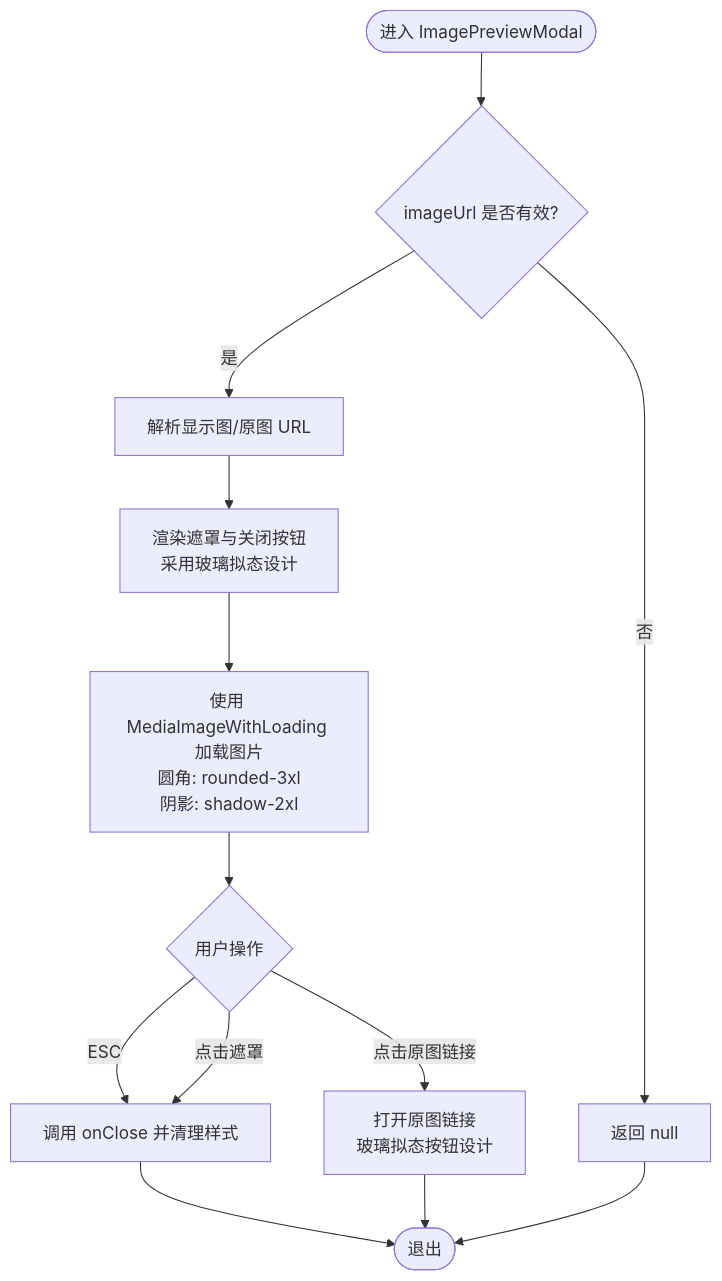
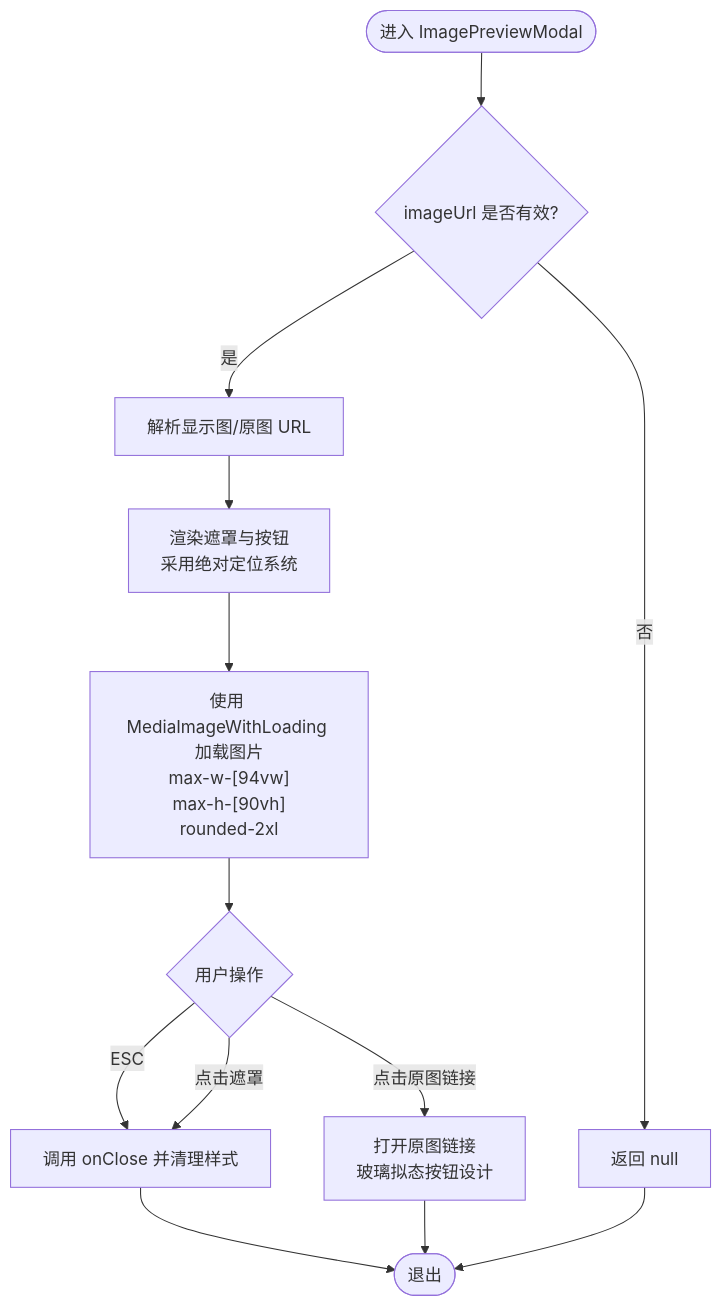
Before and after one commit to lyl2021/waoowaoo: the third of 7 diagrams in .qoder/repowiki/zh/content/前端组件架构/UI组件库/共享组件.md, drawn with Mermaid. The commit also changed other lines of this file and 43 other files, not shown here.

````diff
--- a/.qoder/repowiki/zh/content/前端组件架构/UI组件库/共享组件.md
+++ b/.qoder/repowiki/zh/content/前端组件架构/UI组件库/共享组件.md
@@ -156,15 +156,15 @@
 ```mermaid
 flowchart TD
 Start(["进入 ImagePreviewModal"]) --> CheckUrl{"imageUrl 是否有效?"}
 CheckUrl --> |否| NullReturn["返回 null"]
 CheckUrl --> |是| ResolveUrls["解析显示图/原图 URL"]
-ResolveUrls --> Render["渲染遮罩与关闭按钮<br/>采用玻璃拟态设计"]
-Render --> LoadImg["使用 MediaImageWithLoading 加载图片<br/>圆角: rounded-3xl<br/>阴影: shadow-2xl"]
+ResolveUrls --> Render["渲染遮罩与按钮<br/>采用绝对定位系统"]
+Render --> LoadImg["使用 MediaImageWithLoading 加载图片<br/>max-w-[94vw]<br/>max-h-[90vh]<br/>rounded-2xl"]
 LoadImg --> UserAction{"用户操作"}
 UserAction --> |ESC| Close["调用 onClose 并清理样式"]
 UserAction --> |点击遮罩| Close
 UserAction --> |点击原图链接| OpenOriginal["打开原图链接<br/>玻璃拟态按钮设计"]
 Close --> End(["退出"])
 OpenOriginal --> End
 NullReturn --> End
 ```
````
